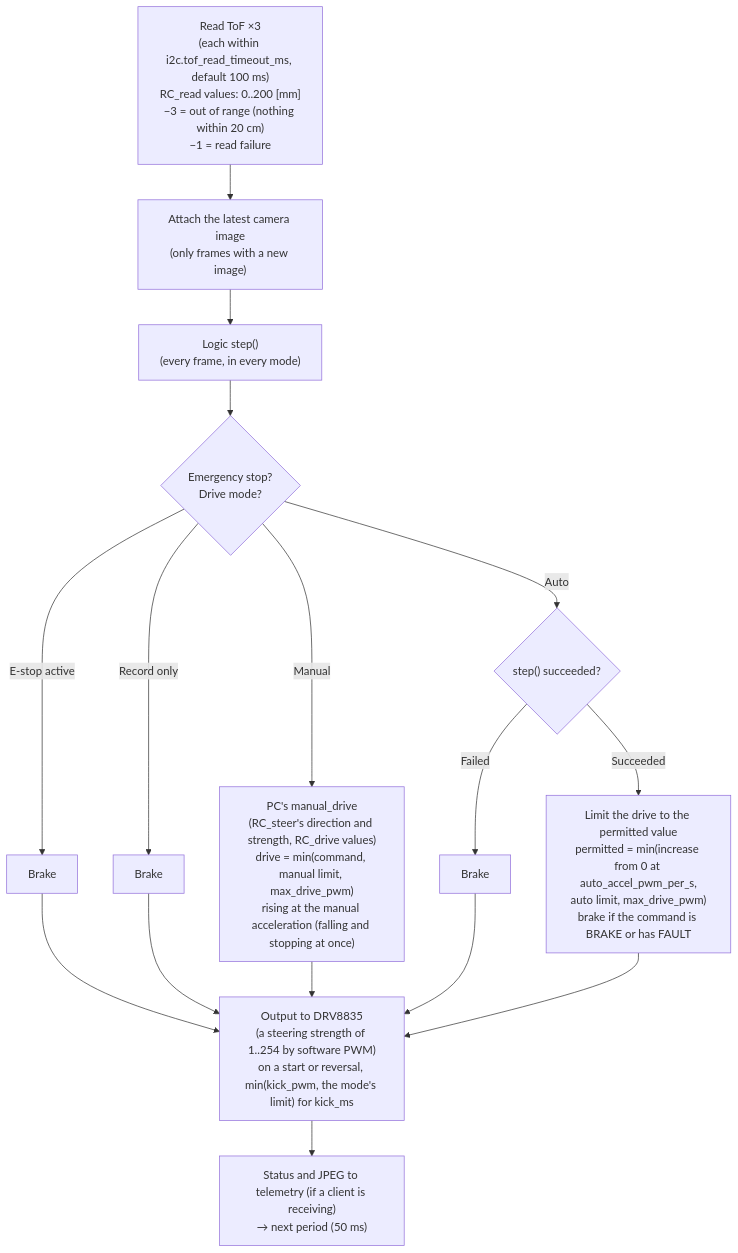
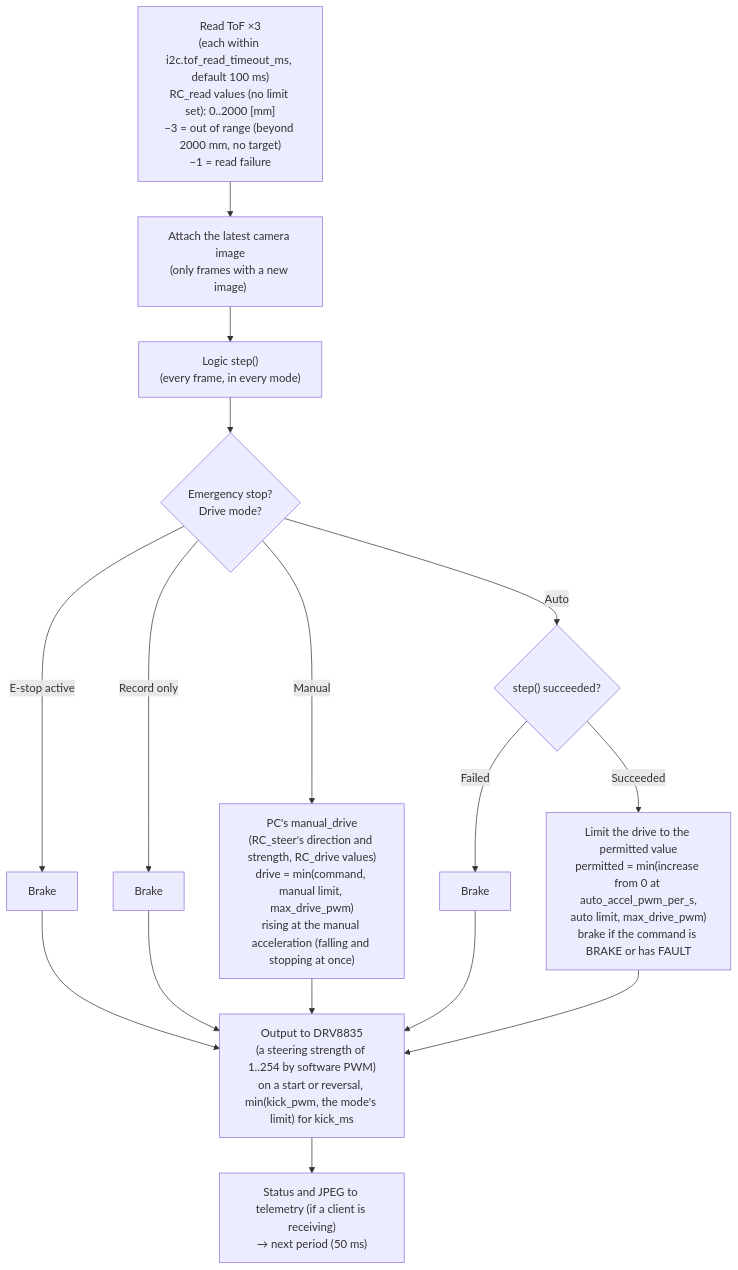
One commit to RumiCar-group/RumiCar-Zero2Cam changed the diagram in docs/figures/en/10-frame.mmd. Above: the diagram before and after it, drawn with Mermaid. The commit also changed 12 other files, not shown here.

First line of the commit message:
文書：README（日英）・図・解説動画・仕様書 第21版・設計の記録 第23版（ToF の上限は走行ロジックが決める、0.7.0）

```diff
--- a/docs/figures/en/10-frame.mmd
+++ b/docs/figures/en/10-frame.mmd
@@ -1,16 +1,16 @@
 flowchart TD
-    A["Read ToF ×3<br/>(each within i2c.tof_read_timeout_ms, default 100 ms)<br/>RC_read values: 0..200 [mm]<br/>−3 = out of range (nothing within 20 cm)<br/>−1 = read failure"] --> B["Attach the latest camera image<br/>(only frames with a new image)"]
+    A["Read ToF ×3<br/>(each within i2c.tof_read_timeout_ms, default 100 ms)<br/>RC_read values (no limit set): 0..2000 [mm]<br/>−3 = out of range (beyond 2000 mm, no target)<br/>−1 = read failure"] --> B["Attach the latest camera image<br/>(only frames with a new image)"]
     B --> C["Logic step()<br/>(every frame, in every mode)"]
     C --> E{"Emergency stop?<br/>Drive mode?"}
     E -->|"E-stop active"| B1["Brake"]
     E -->|"Record only"| B2["Brake"]
     E -->|"Manual"| H["PC's manual_drive<br/>(RC_steer's direction and strength, RC_drive values)<br/>drive = min(command, manual limit, max_drive_pwm)<br/>rising at the manual acceleration (falling and stopping at once)"]
     E -->|"Auto"| F{"step() succeeded?"}
     F -->|"Failed"| B3["Brake"]
     F -->|"Succeeded"| G["Limit the drive to the permitted value<br/>permitted = min(increase from 0 at auto_accel_pwm_per_s,<br/>auto limit, max_drive_pwm)<br/>brake if the command is BRAKE or has FAULT"]
     B1 --> MO["Output to DRV8835<br/>(a steering strength of 1..254 by software PWM)<br/>on a start or reversal, min(kick_pwm, the mode's limit) for kick_ms"]
     B2 --> MO
     B3 --> MO
     H --> MO
     G --> MO
     MO --> T["Status and JPEG to telemetry (if a client is receiving)<br/>→ next period (50 ms)"]
```
